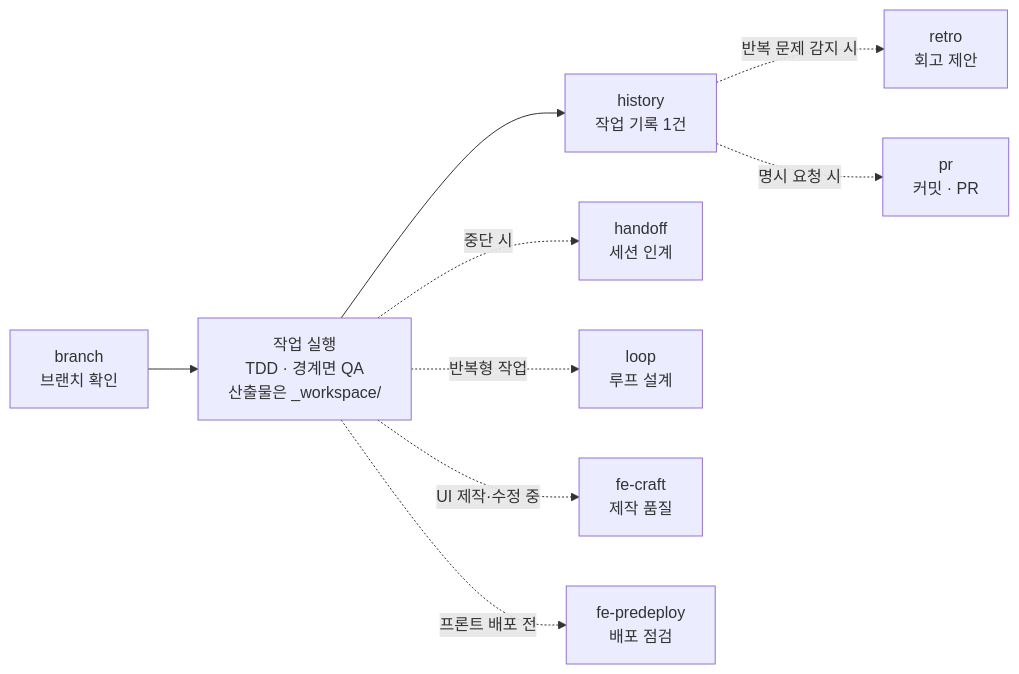
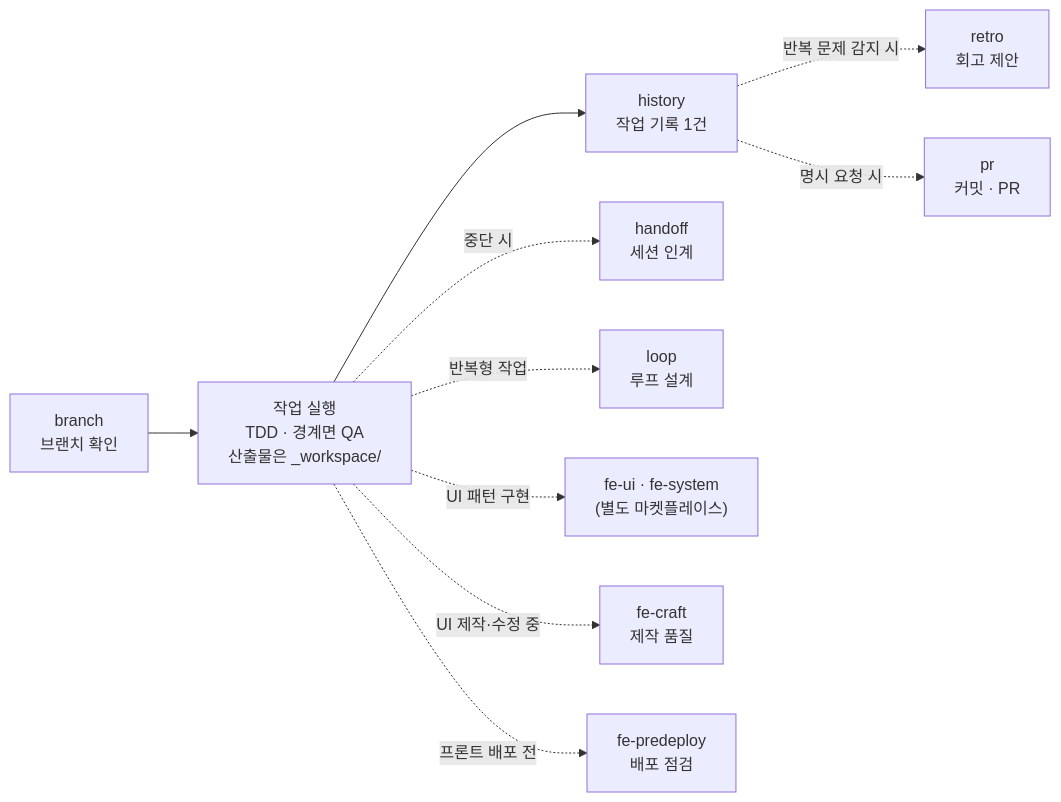
Before and after one commit to Guksu/guksu-harness: the diagram in README.md, drawn with Mermaid. The commit also changed other lines of this file and 11 other files, not shown here.

````diff
--- a/README.md
+++ b/README.md
@@ -407,11 +430,12 @@
 ```mermaid
 flowchart LR
     B["branch<br/>브랜치 확인"] --> W["작업 실행<br/>TDD · 경계면 QA<br/>산출물은 _workspace/"]
     W --> D["history<br/>작업 기록 1건"]
     D -. 반복 문제 감지 시 .-> T["retro<br/>회고 제안"]
     D -. 명시 요청 시 .-> P["pr<br/>커밋 · PR"]
     W -. 중단 시 .-> H["handoff<br/>세션 인계"]
     W -. 반복형 작업 .-> L["loop<br/>루프 설계"]
+    W -. UI 패턴 구현 .-> U["fe-ui · fe-system<br/>(별도 마켓플레이스)"]
     W -. UI 제작·수정 중 .-> C["fe-craft<br/>제작 품질"]
     W -. 프론트 배포 전 .-> F["fe-predeploy<br/>배포 점검"]
 ```
````
